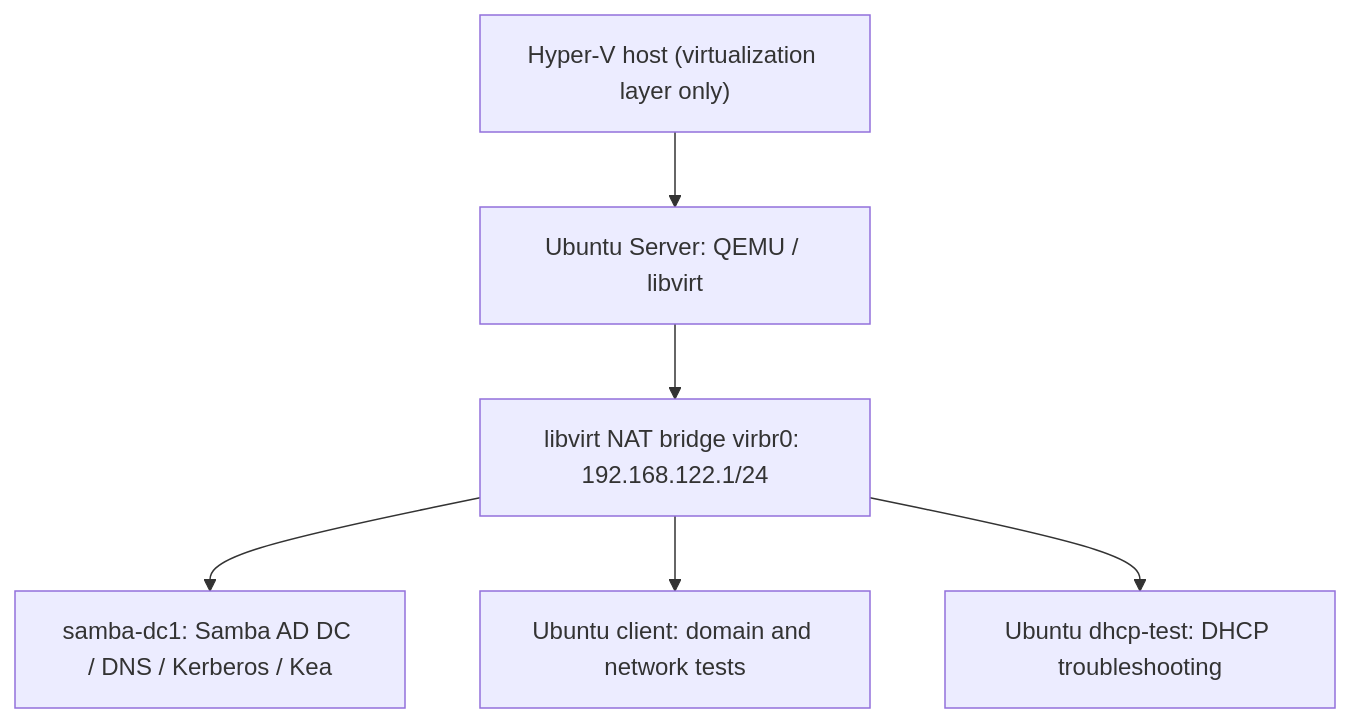
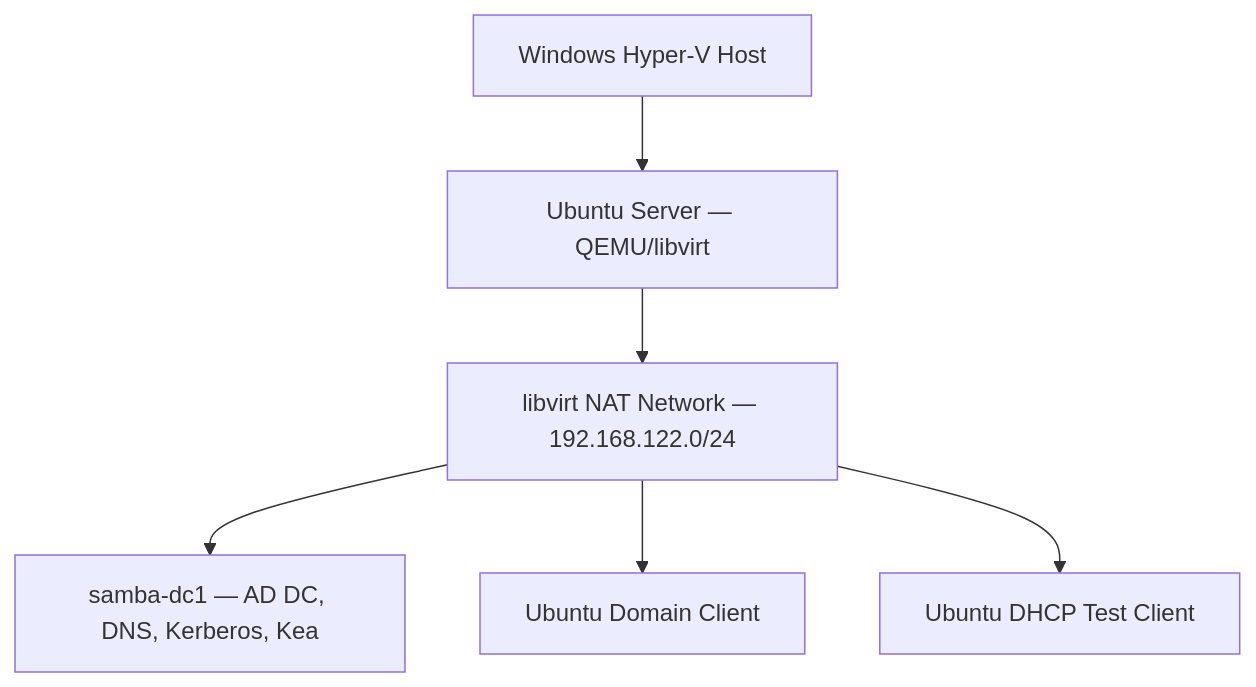
The diagram in README.md (Wahab45/linux-server-infrastructure-lab), drawn with Mermaid before and after one commit. The commit also changed other lines of this file, not shown here.

````diff
--- a/README.md
+++ b/README.md
@@ -25,13 +36,15 @@
 ```mermaid
 flowchart TB
-    H["Hyper-V host (virtualization layer only)"]
-    U["Ubuntu Server: QEMU / libvirt"]
-    N["libvirt NAT bridge virbr0: 192.168.122.1/24"]
-    D["samba-dc1: Samba AD DC / DNS / Kerberos / Kea"]
-    C["Ubuntu client: domain and network tests"]
-    T["Ubuntu dhcp-test: DHCP troubleshooting"]
-    H --> U --> N
+    H["Windows Hyper-V Host"]
+    U["Ubuntu Server — QEMU/libvirt"]
+    N["libvirt NAT Network — 192.168.122.0/24"]
+    D["samba-dc1 — AD DC, DNS, Kerberos, Kea"]
+    C["Ubuntu Domain Client"]
+    T["Ubuntu DHCP Test Client"]
+
+    H --> U
+    U --> N
     N --> D
     N --> C
     N --> T
 ```
````
